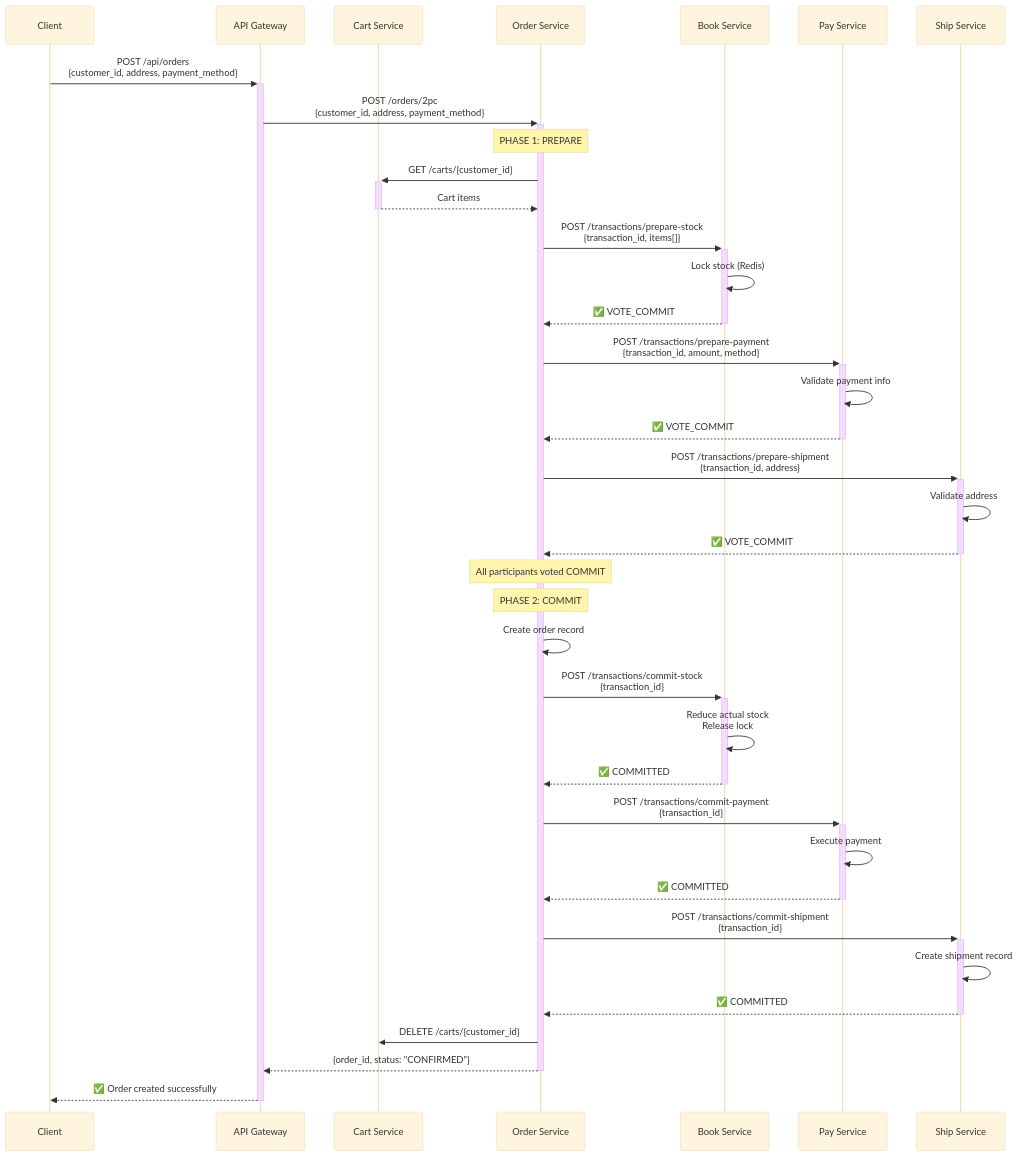
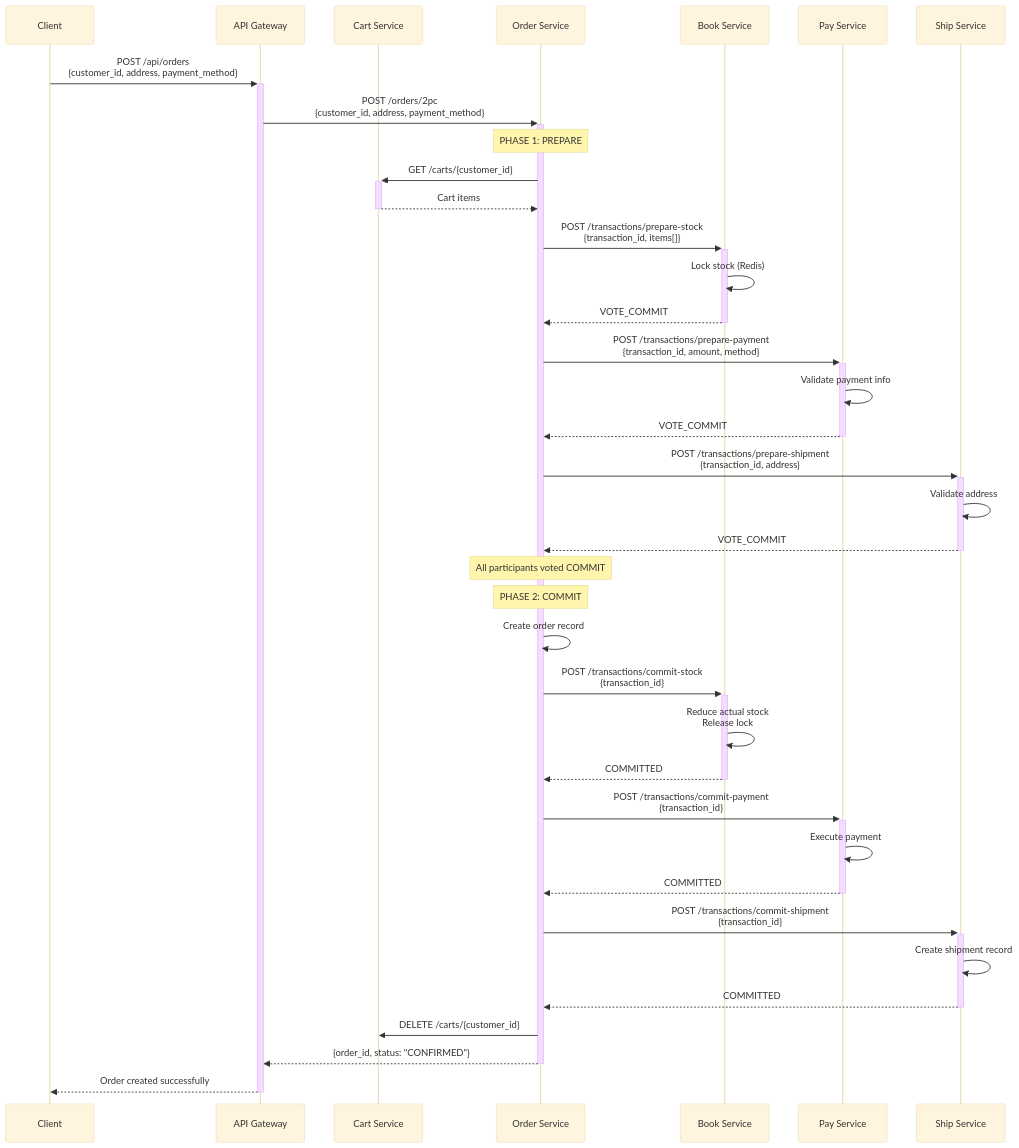
Before and after one commit to ttvKieran/bookstore-microservices: the fourth of 17 diagrams in docs/architecture-diagrams.md, drawn with Mermaid (base theme). The commit also changed other lines of this file, not shown here.

````diff
--- a/docs/architecture-diagrams.md
+++ b/docs/architecture-diagrams.md
@@ -125,51 +165,51 @@
 ```mermaid
 sequenceDiagram
     participant Client
     participant Gateway as API Gateway
     participant Cart as Cart Service
     participant Order as Order Service
     participant Book as Book Service
     participant Pay as Pay Service
     participant Ship as Ship Service
     
     Client->>+Gateway: POST /api/orders<br/>{customer_id, address, payment_method}
     Gateway->>+Order: POST /orders/2pc<br/>{customer_id, address, payment_method}
     
     Note over Order: PHASE 1: PREPARE
     Order->>+Cart: GET /carts/{customer_id}
     Cart-->>-Order: Cart items
     
     Order->>+Book: POST /transactions/prepare-stock<br/>{transaction_id, items[]}
     Book->>Book: Lock stock (Redis)
-    Book-->>-Order: ✅ VOTE_COMMIT
+    Book-->>-Order: VOTE_COMMIT
     
     Order->>+Pay: POST /transactions/prepare-payment<br/>{transaction_id, amount, method}
     Pay->>Pay: Validate payment info
-    Pay-->>-Order: ✅ VOTE_COMMIT
+    Pay-->>-Order: VOTE_COMMIT
     
     Order->>+Ship: POST /transactions/prepare-shipment<br/>{transaction_id, address}
     Ship->>Ship: Validate address
-    Ship-->>-Order: ✅ VOTE_COMMIT
+    Ship-->>-Order: VOTE_COMMIT
     
     Note over Order: All participants voted COMMIT
     Note over Order: PHASE 2: COMMIT
     
     Order->>Order: Create order record
     
     Order->>+Book: POST /transactions/commit-stock<br/>{transaction_id}
     Book->>Book: Reduce actual stock<br/>Release lock
-    Book-->>-Order: ✅ COMMITTED
+    Book-->>-Order: COMMITTED
     
     Order->>+Pay: POST /transactions/commit-payment<br/>{transaction_id}
     Pay->>Pay: Execute payment
-    Pay-->>-Order: ✅ COMMITTED
+    Pay-->>-Order: COMMITTED
     
     Order->>+Ship: POST /transactions/commit-shipment<br/>{transaction_id}
     Ship->>Ship: Create shipment record
-    Ship-->>-Order: ✅ COMMITTED
+    Ship-->>-Order: COMMITTED
     
     Order->>Cart: DELETE /carts/{customer_id}
     
     Order-->>-Gateway: {order_id, status: "CONFIRMED"}
-    Gateway-->>-Client: ✅ Order created successfully
+    Gateway-->>-Client: Order created successfully
 ```
````
